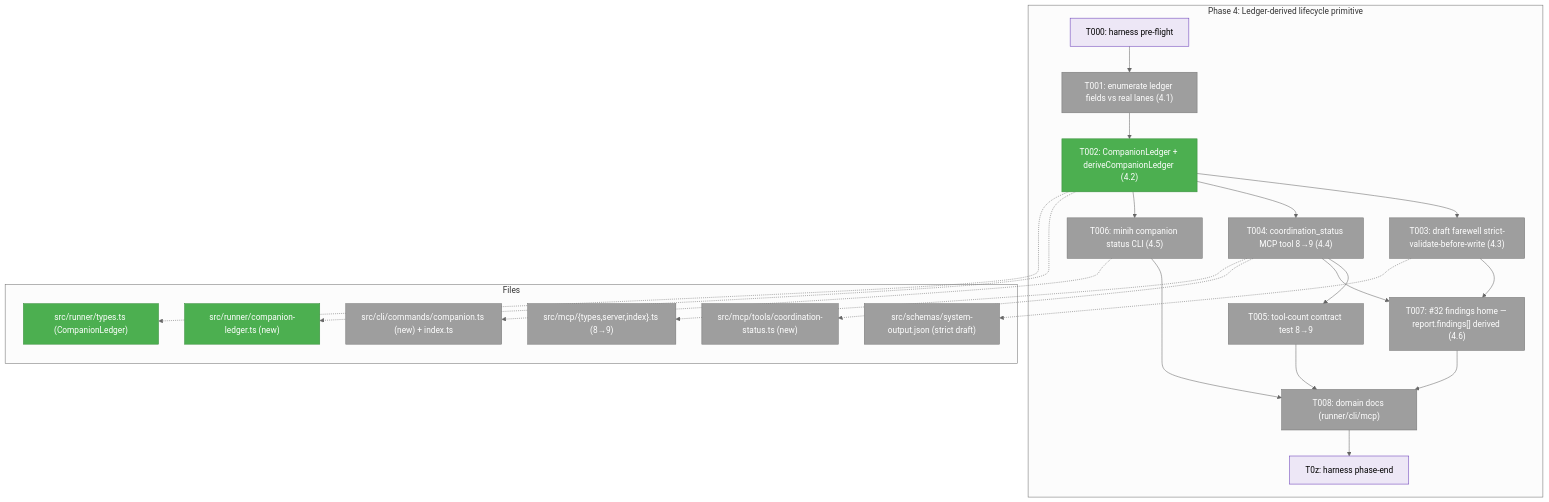
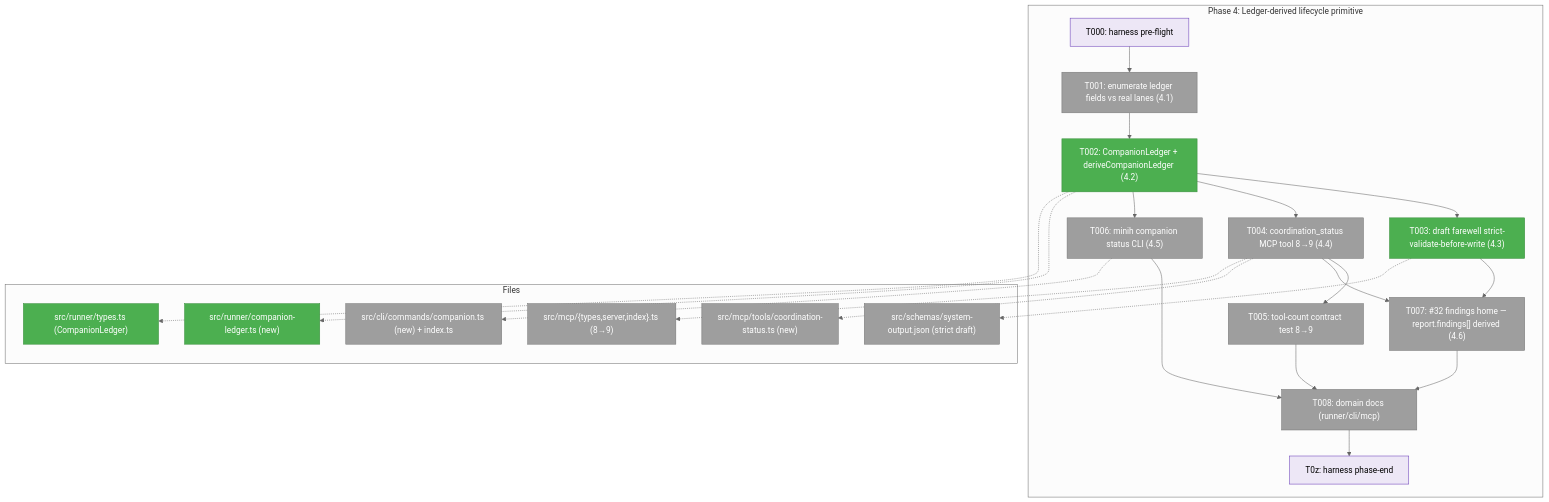
One commit to AI-Substrate/minih changed the first of 3 diagrams in docs/plans/027-companion-coordination/tasks/phase-4-ledger-derived-lifecycle-primitive/tasks.md. Above: the diagram before and after it, drawn with Mermaid (neutral theme). The commit also changed other lines of this file and 5 other files, not shown here.

First line of the commit message:
feat(runner): strict draft-farewell validation before write (#36, AC-9, finding 04)

````diff
--- a/docs/plans/027-companion-coordination/tasks/phase-4-ledger-derived-lifecycle-primitive/tasks.md
+++ b/docs/plans/027-companion-coordination/tasks/phase-4-ledger-derived-lifecycle-primitive/tasks.md
@@ -100,44 +100,44 @@
 ```mermaid
 flowchart TD
     classDef pending fill:#9E9E9E,stroke:#757575,color:#fff
     classDef completed fill:#4CAF50,stroke:#388E3C,color:#fff
     classDef seam fill:#EDE7F6,stroke:#673AB7,color:#000
 
     subgraph Phase["Phase 4: Ledger-derived lifecycle primitive"]
         T000["T000: harness pre-flight"]:::seam
         T001["T001: enumerate ledger fields vs real lanes (4.1)"]:::pending
         T002["T002: CompanionLedger + deriveCompanionLedger (4.2)"]:::completed
-        T003["T003: draft farewell strict-validate-before-write (4.3)"]:::pending
+        T003["T003: draft farewell strict-validate-before-write (4.3)"]:::completed
         T004["T004: coordination_status MCP tool 8→9 (4.4)"]:::pending
         T005["T005: tool-count contract test 8→9"]:::pending
         T006["T006: minih companion status CLI (4.5)"]:::pending
         T007["T007: #32 findings home — report.findings[] derived (4.6)"]:::pending
         T008["T008: domain docs (runner/cli/mcp)"]:::pending
         T0z["T0z: harness phase-end"]:::seam
 
         T000 --> T001 --> T002 --> T003
         T002 --> T004 --> T005
         T002 --> T006
         T003 --> T007
         T004 --> T007
         T005 --> T008
         T006 --> T008
         T007 --> T008 --> T0z
     end
 
     subgraph Files["Files"]
         F1["src/runner/companion-ledger.ts (new)"]:::completed
         F2["src/runner/types.ts (CompanionLedger)"]:::completed
         F3["src/mcp/tools/coordination-status.ts (new)"]:::pending
         F4["src/mcp/{types,server,index}.ts (8→9)"]:::pending
         F5["src/cli/commands/companion.ts (new) + index.ts"]:::pending
         F6["src/schemas/system-output.json (strict draft)"]:::pending
     end
 
     T002 -.-> F1
     T002 -.-> F2
     T003 -.-> F6
     T004 -.-> F3
     T004 -.-> F4
     T006 -.-> F5
 ```
````
